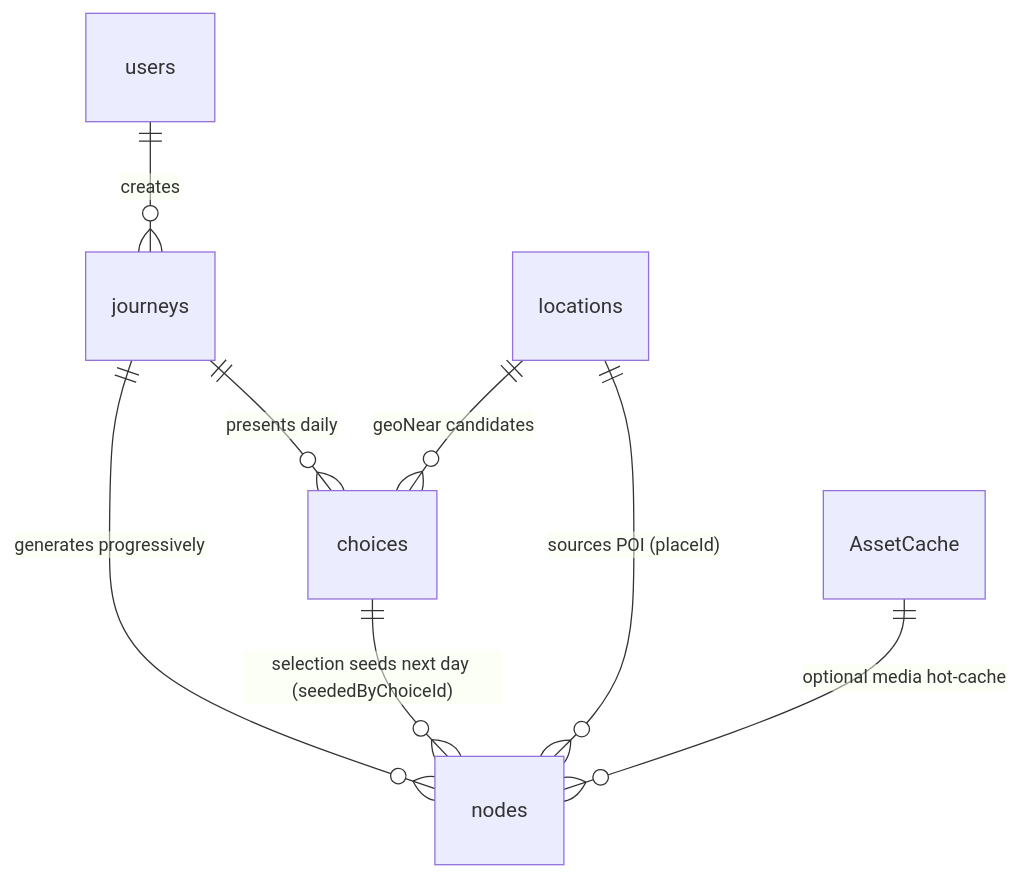
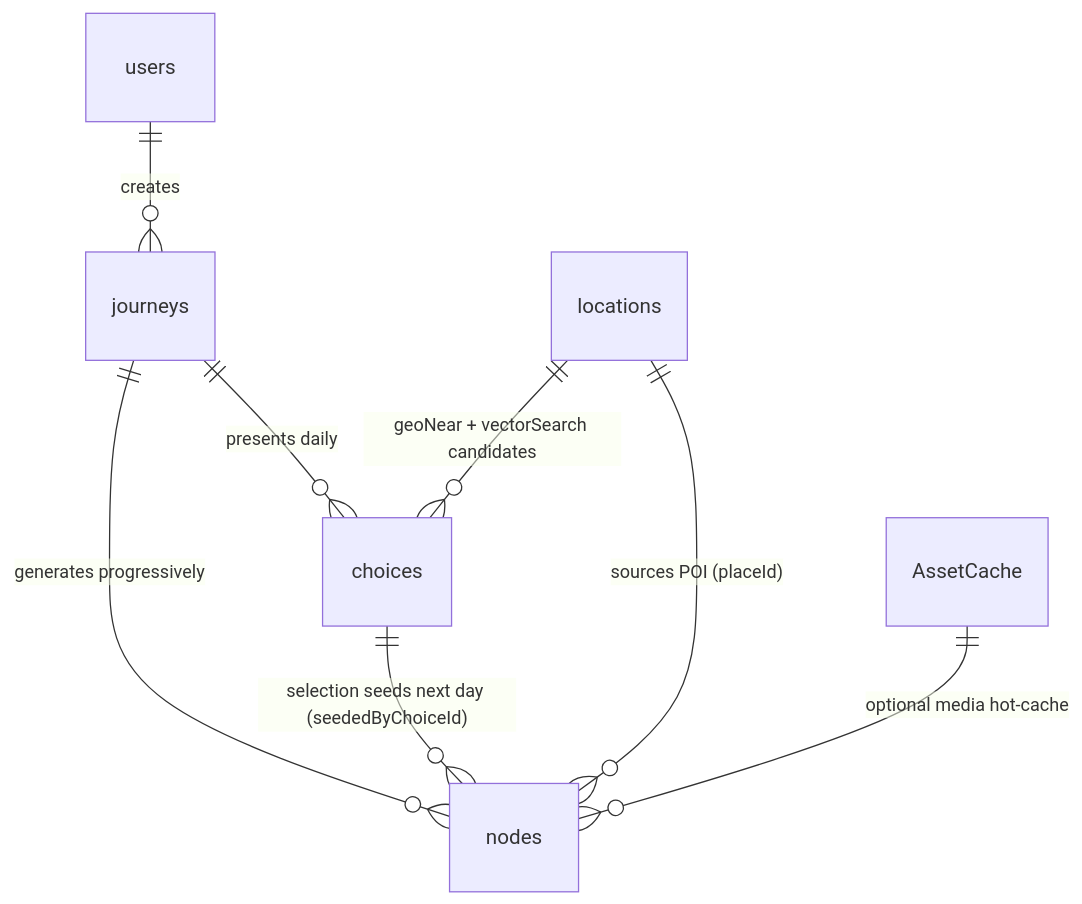
One commit to tanvihang/project-mini-map changed the diagram in Data-Models.md. Above: the diagram before and after it, drawn with Mermaid. The commit also changed other lines of this file and 6 other files, not shown here.

````diff
--- a/Data-Models.md
+++ b/Data-Models.md
@@ -60,10 +62,10 @@
 ```mermaid
 erDiagram
   users      ||--o{ journeys  : "creates"
   journeys   ||--o{ nodes     : "generates progressively"
   journeys   ||--o{ choices   : "presents daily"
   choices    ||--o{ nodes     : "selection seeds next day (seededByChoiceId)"
   locations  ||--o{ nodes     : "sources POI (placeId)"
-  locations  ||--o{ choices   : "geoNear candidates"
+  locations  ||--o{ choices   : "geoNear + vectorSearch candidates"
   AssetCache ||--o{ nodes     : "optional media hot-cache"
 ```
````
